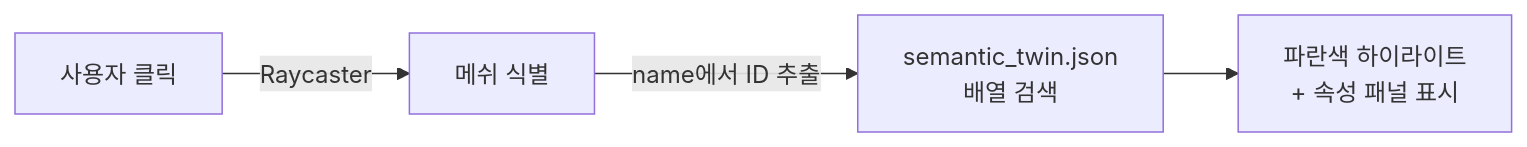
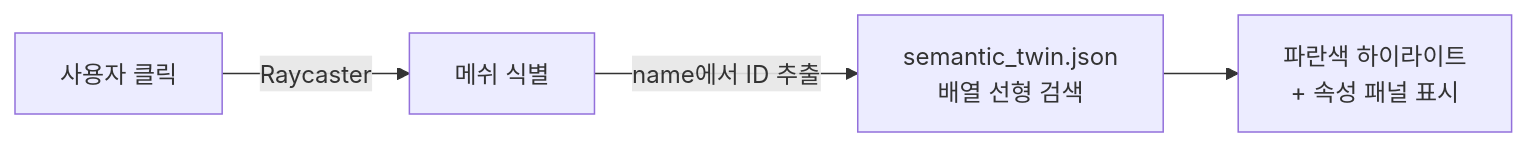
Before and after one commit to i2na/dt-engine-research: the sixth of 6 diagrams in docs/idea-02.md, drawn with Mermaid. The commit also changed other lines of this file and 2 other files, not shown here.

````diff
--- a/docs/idea-02.md
+++ b/docs/idea-02.md
@@ -233,6 +232,6 @@
 ```mermaid
 flowchart LR
     A["사용자 클릭"] -->|"Raycaster"| B["메쉬 식별"]
-    B -->|"name에서 ID 추출"| C["semantic_twin.json<br/>배열 검색"]
+    B -->|"name에서 ID 추출"| C["semantic_twin.json<br/>배열 선형 검색"]
     C --> D["파란색 하이라이트<br/>+ 속성 패널 표시"]
 ```
````
